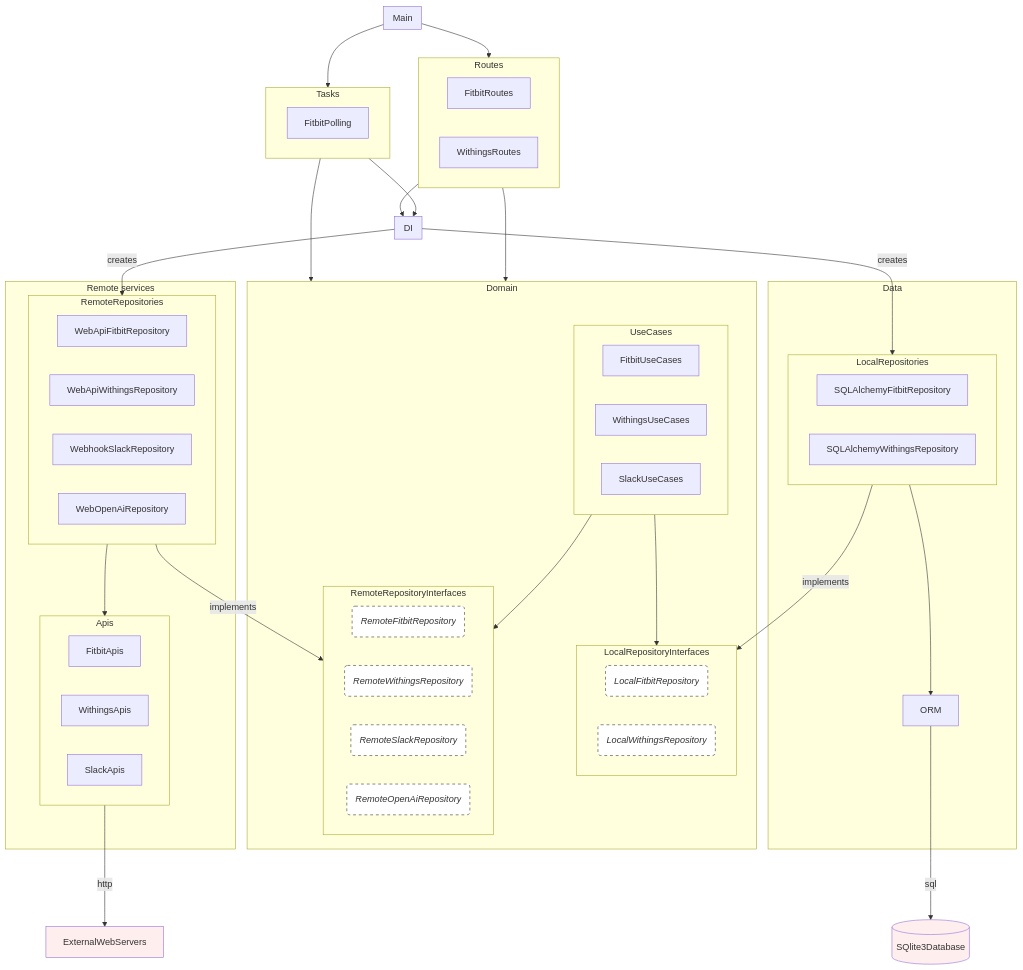
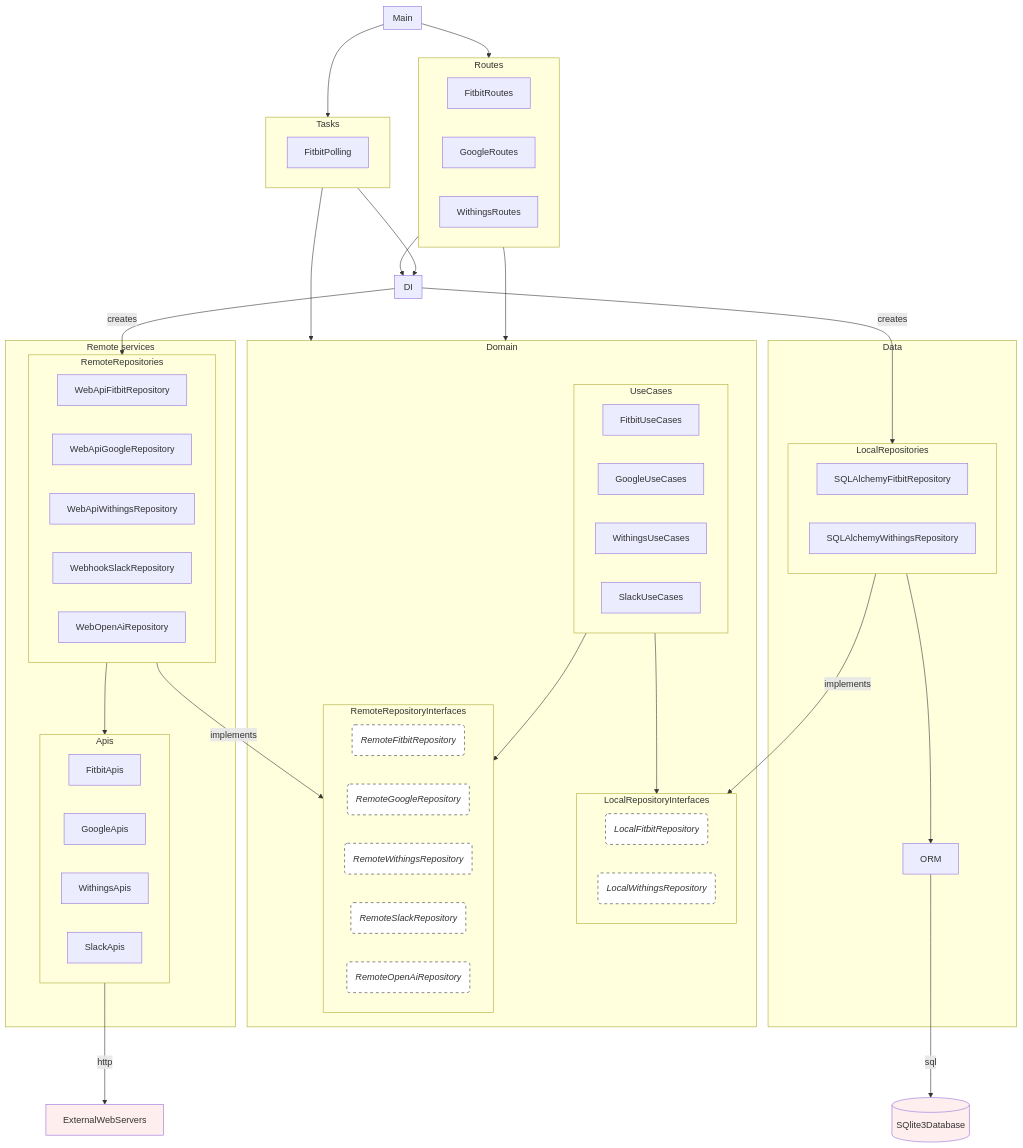
The third of 4 diagrams in docs/architecture.md (caarmen/slack-health-bot), drawn with Mermaid before and after one commit. The commit also changed other lines of this file, not shown here.

Commit message:
doc(google): Issue #125: Update architecture diagrams.

```diff
--- a/docs/architecture.md
+++ b/docs/architecture.md
@@ -83,6 +83,7 @@
     end
     subgraph Routes
         FitbitRoutes
+        GoogleRoutes
         WithingsRoutes
     end
     subgraph Data
@@ -95,6 +96,7 @@
     subgraph Domain
         subgraph UseCases
             FitbitUseCases
+            GoogleUseCases
             WithingsUseCases
             SlackUseCases
         end
@@ -104,6 +106,7 @@
         end
         subgraph RemoteRepositoryInterfaces
             RemoteFitbitRepository("`*RemoteFitbitRepository*`"):::interface
+            RemoteGoogleRepository("`*RemoteGoogleRepository*`"):::interface
             RemoteWithingsRepository("`*RemoteWithingsRepository*`"):::interface
             RemoteSlackRepository("`*RemoteSlackRepository*`"):::interface
             RemoteOpenAiRepository("`*RemoteOpenAiRepository*`"):::interface
@@ -112,12 +115,14 @@
     subgraph RemoteServices[Remote services]
         subgraph RemoteRepositories
             WebApiFitbitRepository
+            WebApiGoogleRepository
             WebApiWithingsRepository
             WebhookSlackRepository
             WebOpenAiRepository
         end
         subgraph Apis
             FitbitApis
+            GoogleApis
             WithingsApis
             SlackApis
         end
```
